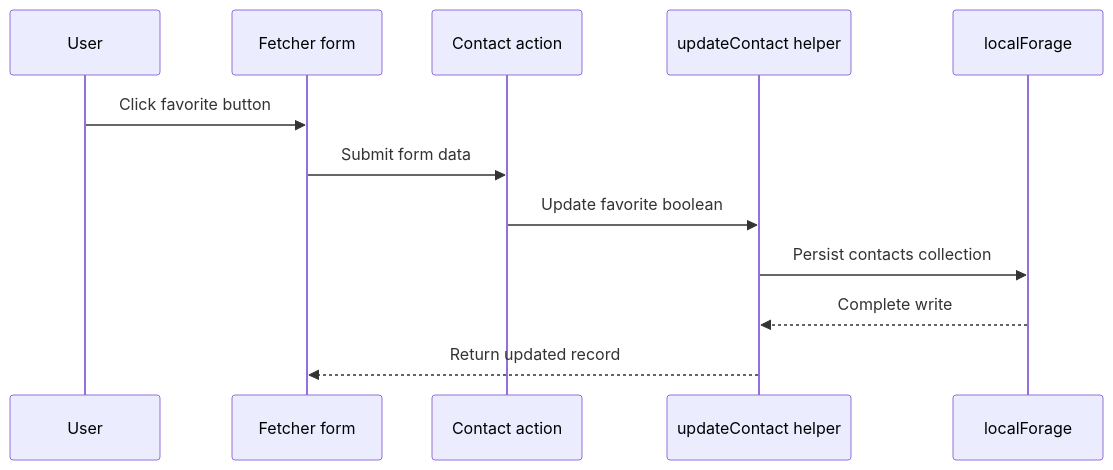
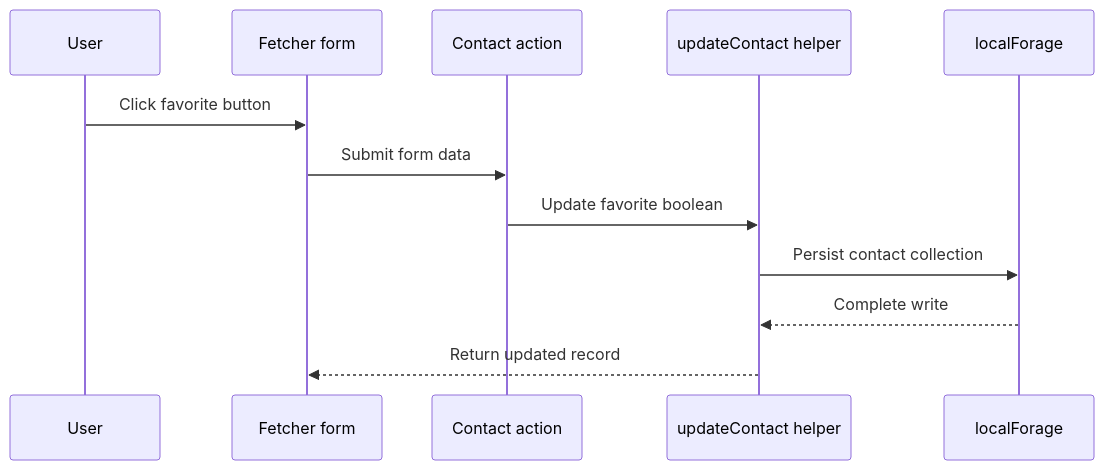
One commit to Brajesh31/Contact-Display changed the second of 3 diagrams in docs/page-documentation.md. Above: the diagram before and after it, drawn with Mermaid. The commit also changed other lines of this file, not shown here.

````diff
--- a/docs/page-documentation.md
+++ b/docs/page-documentation.md
@@ -63,14 +63,14 @@
 ```mermaid
 sequenceDiagram
   participant U as User
   participant F as Fetcher form
   participant A as Contact action
   participant H as updateContact helper
   participant S as localForage
   U->>F: Click favorite button
   F->>A: Submit form data
   A->>H: Update favorite boolean
-  H->>S: Persist contacts collection
+  H->>S: Persist contact collection
   S-->>H: Complete write
   H-->>F: Return updated record
 ```
````
